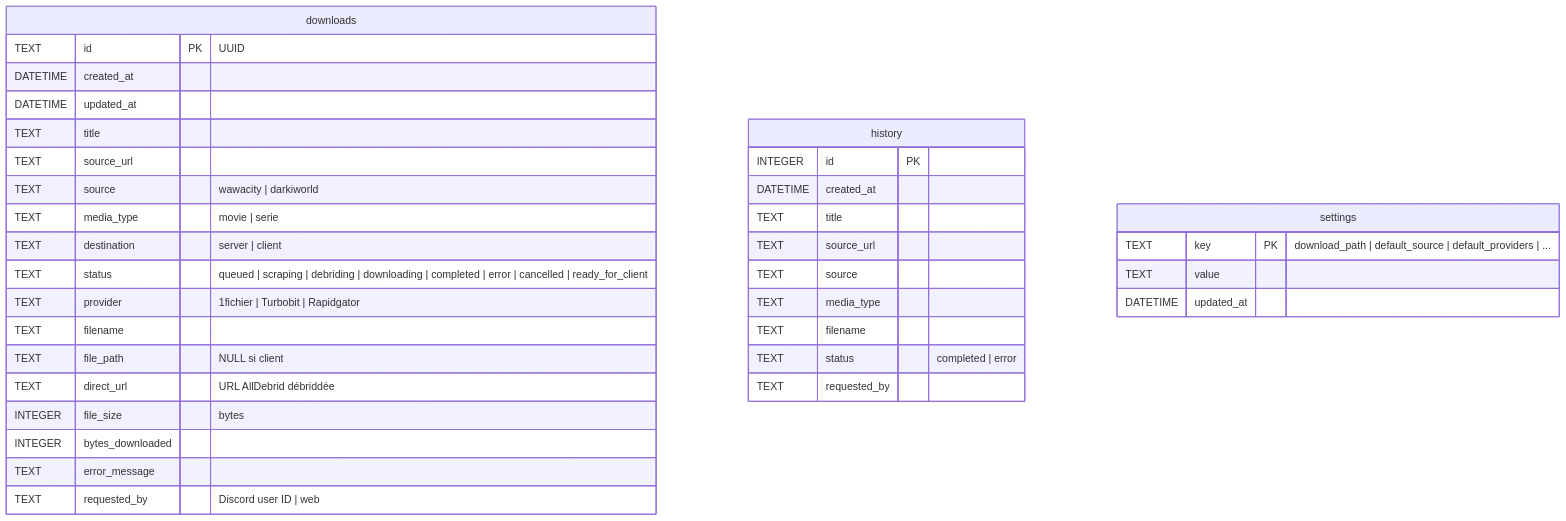
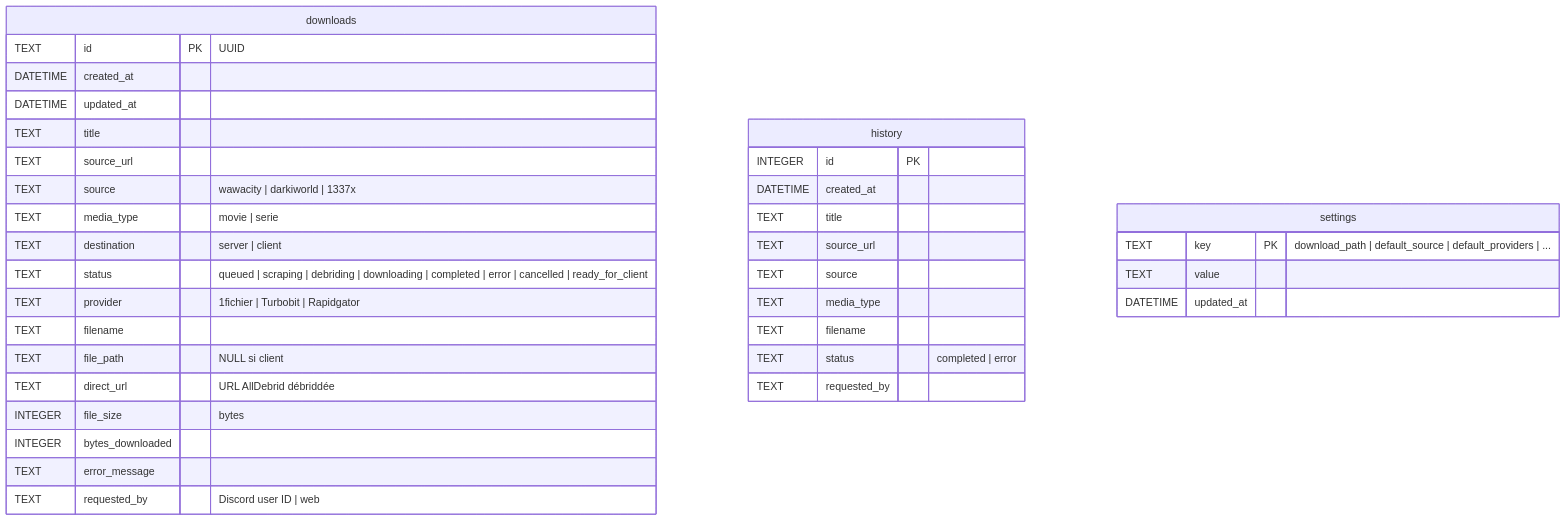
The fifth of 7 diagrams in docs/architecture-v2.md (Gon3s/dl_discord_bot), drawn with Mermaid before and after one commit. The commit also changed other lines of this file and 15 other files, not shown here.

````diff
--- a/docs/architecture-v2.md
+++ b/docs/architecture-v2.md
@@ -199,40 +206,40 @@
 ```mermaid
 erDiagram
     downloads {
         TEXT id PK "UUID"
         DATETIME created_at
         DATETIME updated_at
         TEXT title
         TEXT source_url
-        TEXT source "wawacity | darkiworld"
+        TEXT source "wawacity | darkiworld | 1337x"
         TEXT media_type "movie | serie"
         TEXT destination "server | client"
         TEXT status "queued | scraping | debriding | downloading | completed | error | cancelled | ready_for_client"
         TEXT provider "1fichier | Turbobit | Rapidgator"
         TEXT filename
         TEXT file_path "NULL si client"
         TEXT direct_url "URL AllDebrid débriddée"
         INTEGER file_size "bytes"
         INTEGER bytes_downloaded
         TEXT error_message
         TEXT requested_by "Discord user ID | web"
     }
 
     history {
         INTEGER id PK
         DATETIME created_at
         TEXT title
         TEXT source_url
         TEXT source
         TEXT media_type
         TEXT filename
         TEXT status "completed | error"
         TEXT requested_by
     }
 
     settings {
         TEXT key PK "download_path | default_source | default_providers | ..."
         TEXT value
         DATETIME updated_at
     }
 ```
````
